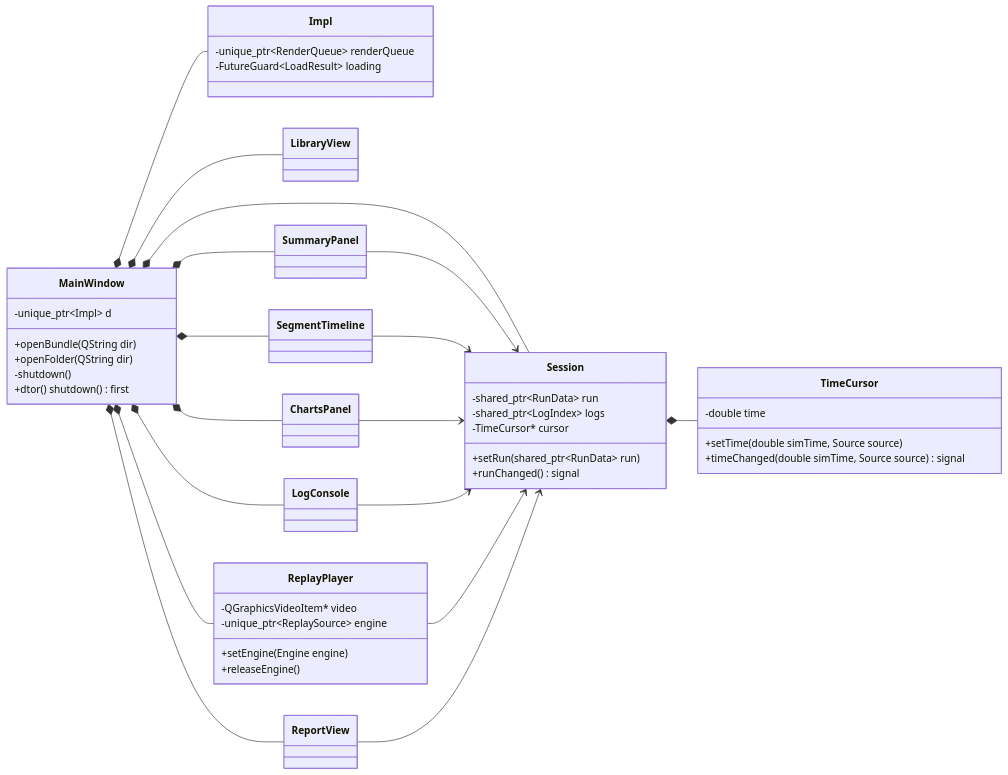
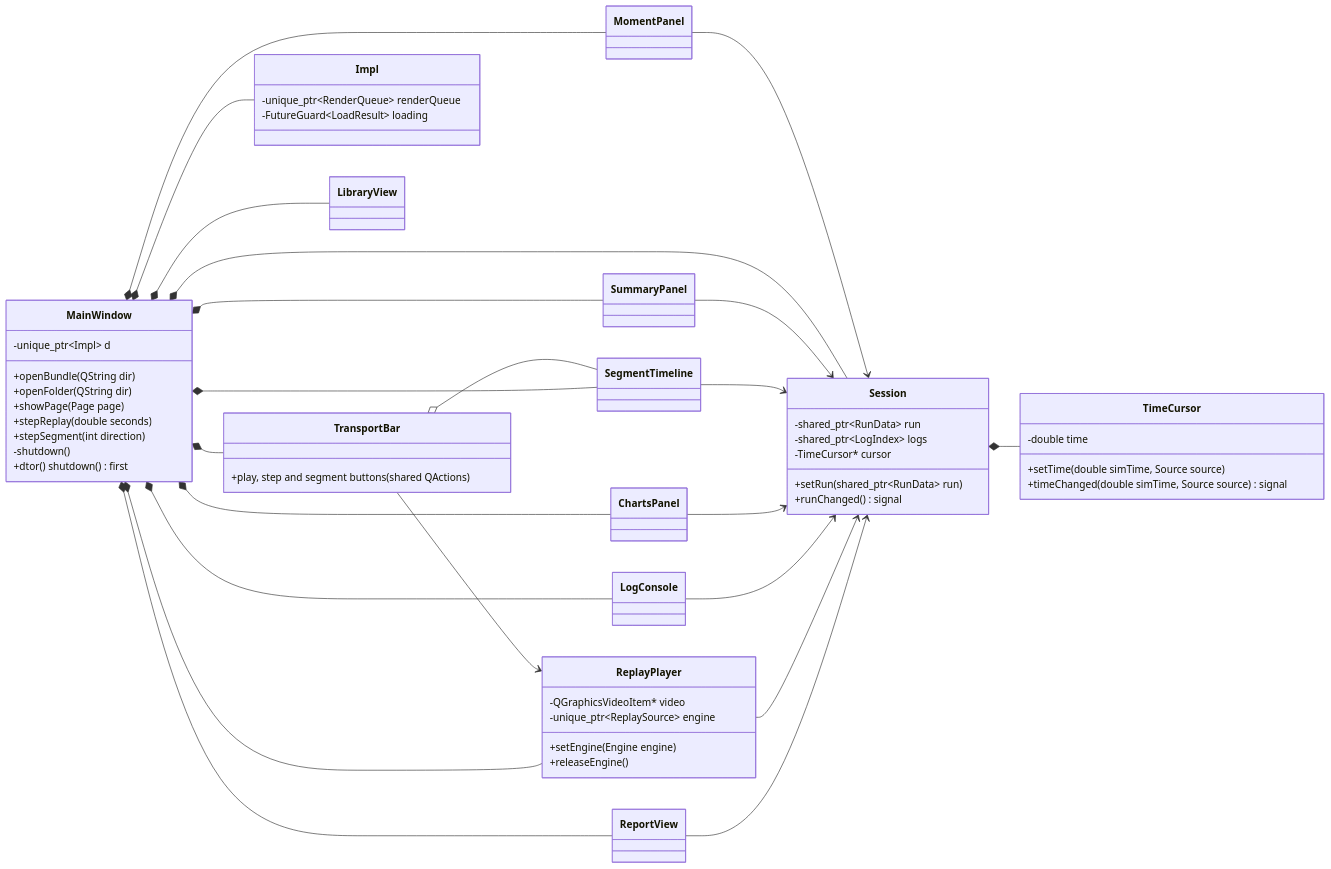
One commit to muhammadadeelzahid/replay-lab changed the third of 4 diagrams in docs/diagrams.md. Above: the diagram before and after it, drawn with Mermaid. The commit also changed other lines of this file and 32 other files, not shown here.

````diff
--- a/docs/diagrams.md
+++ b/docs/diagrams.md
@@ -287,57 +285,69 @@
 ```mermaid
 classDiagram
   direction LR
 
   class MainWindow {
     -unique_ptr~Impl~ d
     +openBundle(QString dir)
     +openFolder(QString dir)
+    +showPage(Page page)
+    +stepReplay(double seconds)
+    +stepSegment(int direction)
     -shutdown()
     +dtor() shutdown() first
   }
+  class TransportBar {
+    +play, step and segment buttons (shared QActions)
+  }
+  class MomentPanel
   class Impl {
     -unique_ptr~RenderQueue~ renderQueue
     -FutureGuard~LoadResult~ loading
   }
   class Session {
     -shared_ptr~RunData~ run
     -shared_ptr~LogIndex~ logs
     -TimeCursor* cursor
     +setRun(shared_ptr~RunData~ run)
     +runChanged() signal
   }
   class TimeCursor {
     -double time
     +setTime(double simTime, Source source)
     +timeChanged(double simTime, Source source) signal
   }
   class LibraryView
   class SummaryPanel
   class SegmentTimeline
   class ChartsPanel
   class LogConsole
   class ReplayPlayer {
     -QGraphicsVideoItem* video
     -unique_ptr~ReplaySource~ engine
     +setEngine(Engine engine)
     +releaseEngine()
   }
   class ReportView
 
   MainWindow *-- Impl
+  MainWindow *-- TransportBar
+  MainWindow *-- MomentPanel
+  TransportBar o-- SegmentTimeline
+  TransportBar --> ReplayPlayer
+  MomentPanel --> Session
   MainWindow *-- Session
   MainWindow *-- LibraryView
   MainWindow *-- SummaryPanel
   MainWindow *-- SegmentTimeline
   MainWindow *-- ChartsPanel
   MainWindow *-- LogConsole
   MainWindow *-- ReplayPlayer
   MainWindow *-- ReportView
   Session *-- TimeCursor
   SummaryPanel --> Session
   SegmentTimeline --> Session
   ChartsPanel --> Session
   LogConsole --> Session
   ReplayPlayer --> Session
   ReportView --> Session
 ```
````
